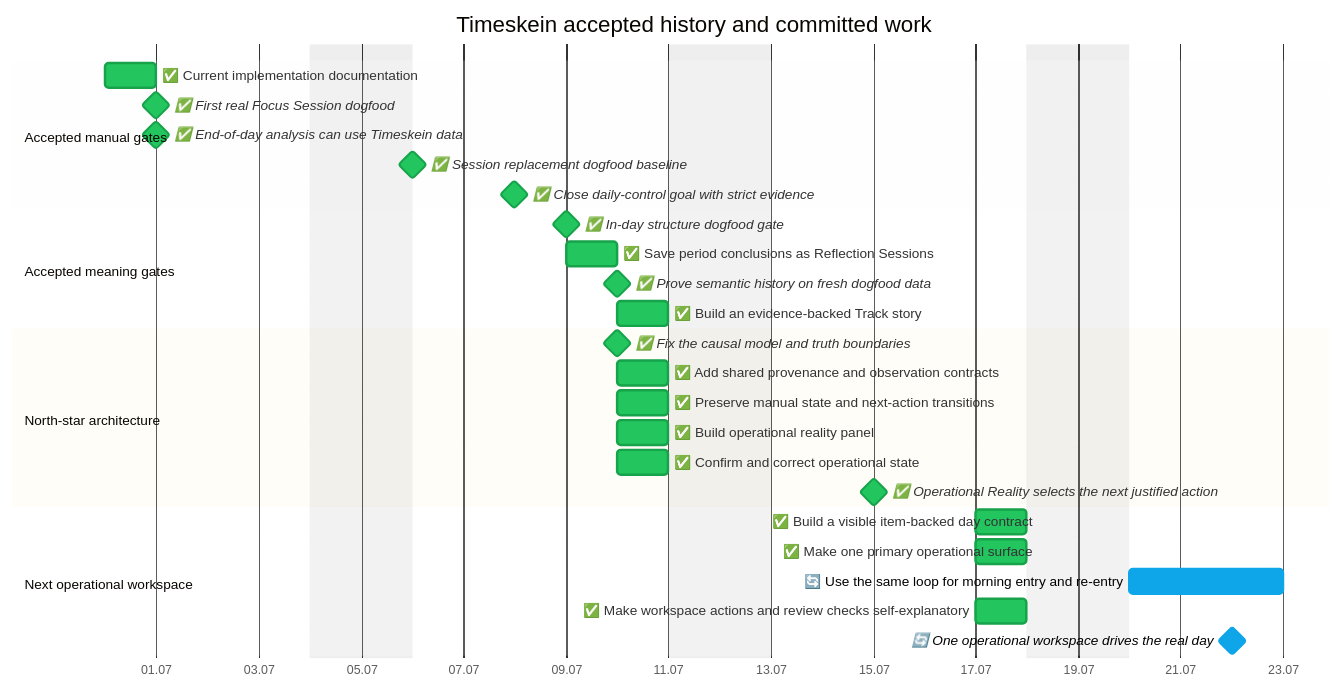
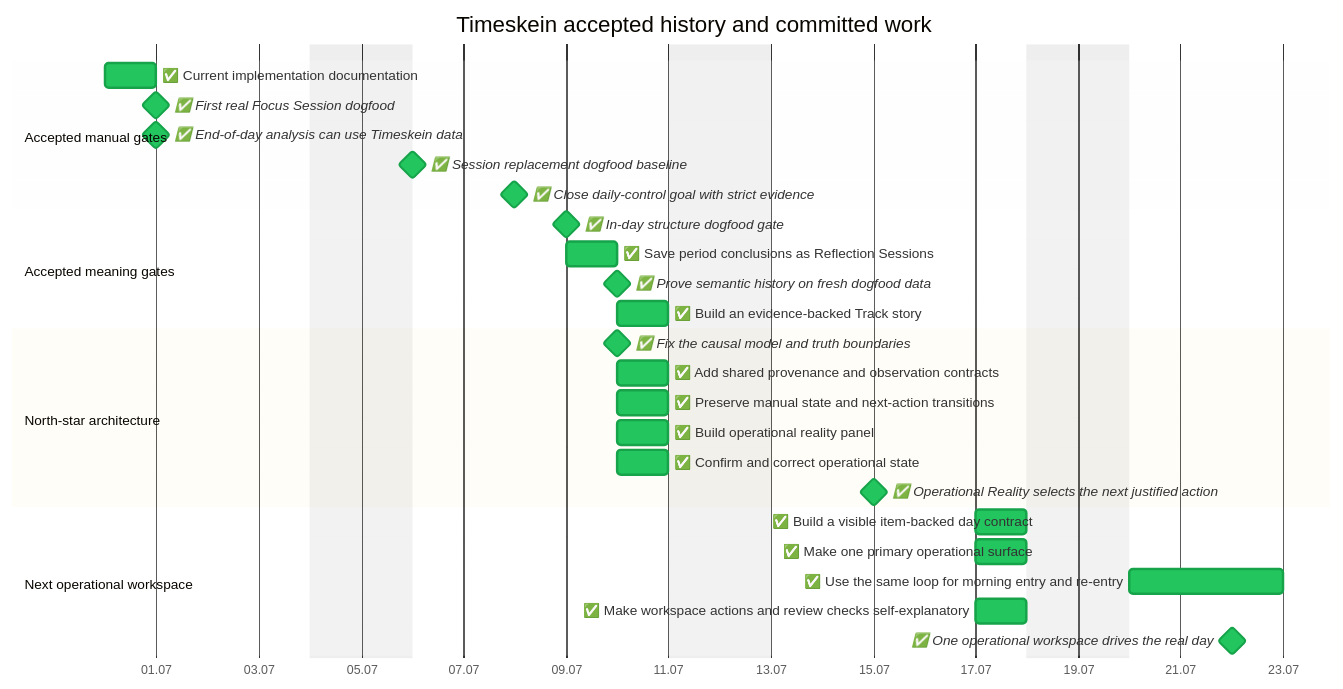
One commit to asukhodko/timeskein changed the second of 2 diagrams in docs/roadmap/opskarta.md. Above: the diagram before and after it, drawn with Mermaid. The commit also changed other lines of this file and 47 other files, not shown here.

Commit message:
feat: accept operational workspace v1

````diff
--- a/docs/roadmap/opskarta.md
+++ b/docs/roadmap/opskarta.md
@@ -185,34 +189,34 @@
 ```mermaid
 %%{init: {"theme": "base", "themeVariables": {"taskBkgColor": "#9ca3af", "taskBorderColor": "#4b5563", "taskTextColor": "#000000", "taskTextDarkColor": "#000000", "taskTextLightColor": "#000000", "activeTaskBkgColor": "#0ea5e9", "activeTaskBorderColor": "#0ea5e9", "doneTaskBkgColor": "#22c55e", "doneTaskBorderColor": "#16a34a", "critBkgColor": "#fecaca", "critBorderColor": "#fecaca", "todayLineColor": "#ef4444"}} }%%
 
 gantt
     title Timeskein accepted history and committed work
     dateFormat YYYY-MM-DD
     axisFormat %d.%m
     excludes weekends
 
     section Accepted manual gates
     ✅ Current implementation documentation  :done, ts_baseline_docs,    2026-06-30, 1d
     ✅ First real Focus Session dogfood  :milestone, done, ts_focus_core_dogfood_gate,    2026-07-01, 0d
     ✅ End-of-day analysis can use Timeskein data  :milestone, done, ts_day_review_analysis_gate,    2026-07-01, 0d
     ✅ Session replacement dogfood baseline  :milestone, done, ts_hardening_dogfood_release,    2026-07-06, 0d
     ✅ Close daily-control goal with strict evidence  :milestone, done, ts_daily_control_goal_check,    2026-07-08, 0d
     section Accepted meaning gates
     ✅ In-day structure dogfood gate  :milestone, done, ts_in_day_structure_dogfood_gate,    2026-07-09, 0d
     ✅ Save period conclusions as Reflection Sessions  :done, ts_periodic_reflection_reflection_sessions,    2026-07-09, 1d
     ✅ Prove semantic history on fresh dogfood data  :milestone, done, ts_periodic_reflection_semantic_dogfood_gate,    2026-07-10, 0d
     ✅ Build an evidence-backed Track story  :done, ts_periodic_reflection_context_links,    2026-07-10, 1d
     section North-star architecture
     ✅ Fix the causal model and truth boundaries  :milestone, done, ts_causal_memory_architecture_gate,    2026-07-10, 0d
     ✅ Add shared provenance and observation contracts  :done, ts_causal_memory_provenance_contract,    2026-07-10, 1d
     ✅ Preserve manual state and next-action transitions  :done, ts_causal_memory_transition_history,    2026-07-10, 1d
     ✅ Build operational reality panel  :done, ts_periodic_reflection_operational_reality,    2026-07-10, 1d
     ✅ Confirm and correct operational state  :done, ts_steering_manual_correction,    2026-07-10, 1d
     ✅ Operational Reality selects the next justified action  :milestone, done, ts_steering_operational_reality_gate,    2026-07-15, 0d
     section Next operational workspace
     ✅ Build a visible item-backed day contract  :done, ts_steering_workspace_day_contract,    2026-07-17, 1d
     ✅ Make one primary operational surface  :done, ts_steering_workspace_primary_surface,    2026-07-17, 1d
-    🔄 Use the same loop for morning entry and re-entry  :active, ts_steering_workspace_reentry,    2026-07-20, 3d
+    ✅ Use the same loop for morning entry and re-entry  :done, ts_steering_workspace_reentry,    2026-07-20, 3d
     ✅ Make workspace actions and review checks self-explanatory  :done, ts_steering_workspace_explainability,    2026-07-17, 1d
-    🔄 One operational workspace drives the real day  :milestone, active, ts_steering_workspace_gate,    2026-07-22, 0d
+    ✅ One operational workspace drives the real day  :milestone, done, ts_steering_workspace_gate,    2026-07-22, 0d
 ```
````
